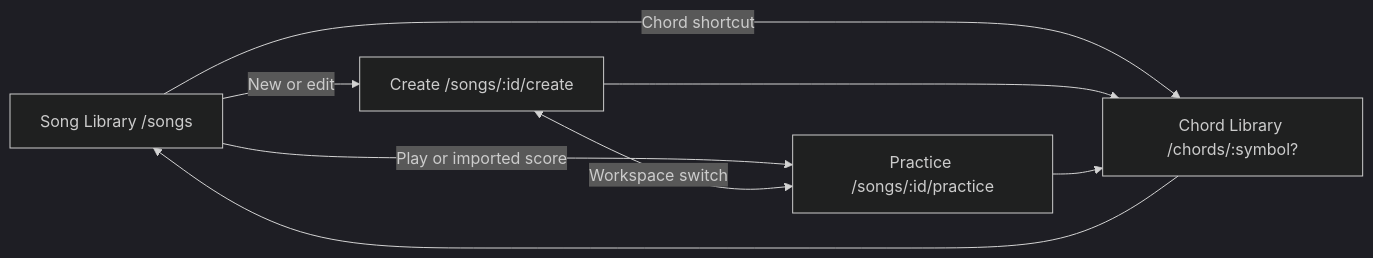
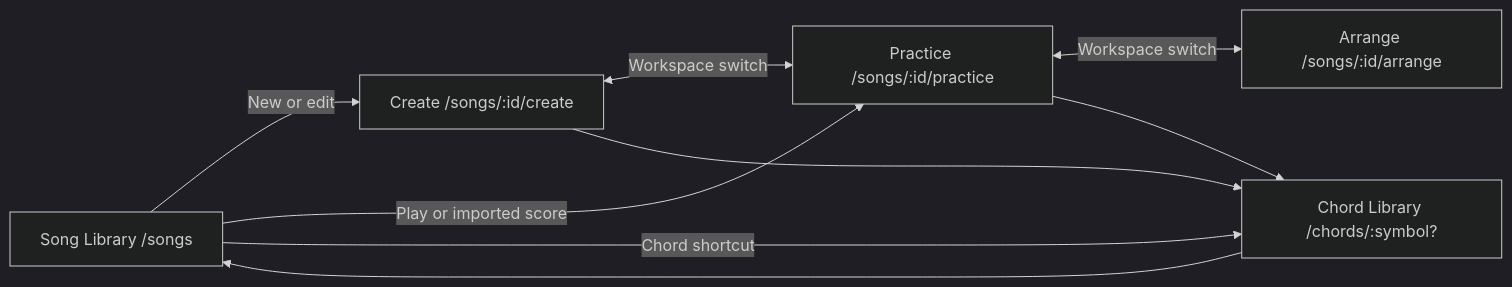
One commit to karevin07/guitarflow-studio changed the diagram in docs/FRONTEND_ROUTING.md. Above: the diagram before and after it, drawn with Mermaid (dark theme). The commit also changed other lines of this file and 13 other files, not shown here.

First line of the commit message:
feat(arrange): add solo note suggestion workspace

````diff
--- a/docs/FRONTEND_ROUTING.md
+++ b/docs/FRONTEND_ROUTING.md
@@ -33,15 +34,17 @@
 ```mermaid
 flowchart LR
     Songs[Song Library /songs]
     Create[Create /songs/:id/create]
     Practice[Practice /songs/:id/practice]
+    Arrange[Arrange /songs/:id/arrange]
     Chords[Chord Library /chords/:symbol?]
 
     Songs -->|New or edit| Create
     Songs -->|Play or imported score| Practice
     Songs -->|Chord shortcut| Chords
     Create <-->|Workspace switch| Practice
+    Practice <-->|Workspace switch| Arrange
     Create --> Chords
     Practice --> Chords
     Chords --> Songs
 ```
````
